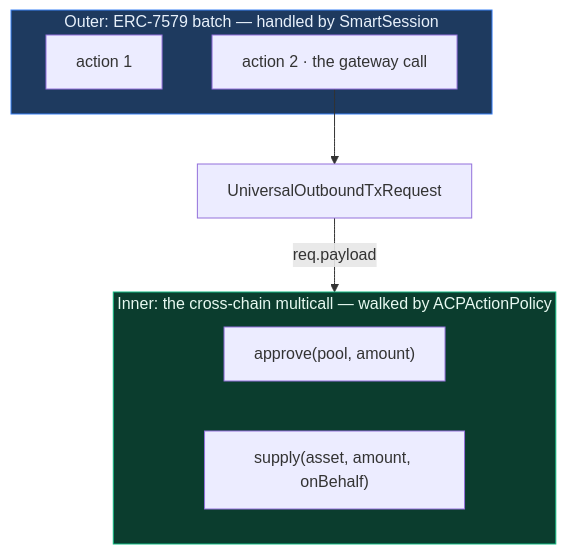
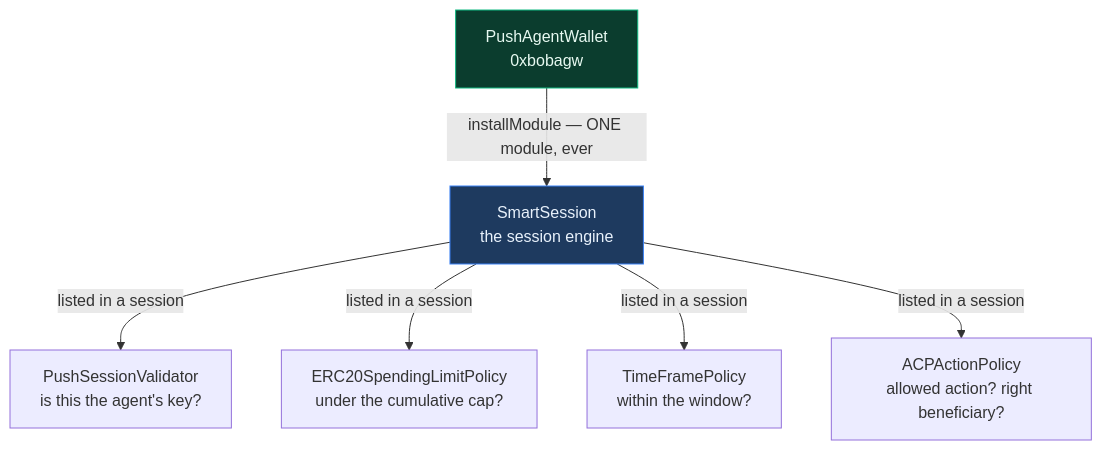
One commit to HusseinAdeiza/push-agentic-wallets changed the eighth of 9 diagrams in docs/architecture.md. Above: the diagram before and after it, drawn with Mermaid. The commit also changed other lines of this file and 5 other files, not shown here.

````diff
--- a/docs/architecture.md
+++ b/docs/architecture.md
@@ -298,19 +415,15 @@
 ```mermaid
 graph TB
-    subgraph outer["Outer: ERC-7579 batch — handled by SmartSession"]
-        A1["action 1"]
-        A2["action 2 · the gateway call"]
-    end
+    W["PushAgentWallet<br/>0xbobagw"]
+    SS["SmartSession<br/>the session engine"]
 
-    A2 --> REQ["UniversalOutboundTxRequest"]
+    W -->|"installModule — ONE module, ever"| SS
 
-    subgraph inner["Inner: the cross-chain multicall — walked by ACPActionPolicy"]
-        I1["approve(pool, amount)"]
-        I2["supply(asset, amount, onBehalf)"]
-    end
+    SS -->|"listed in a session"| PSV["PushSessionValidator<br/>is this the agent's key?"]
+    SS -->|"listed in a session"| SPEND["ERC20SpendingLimitPolicy<br/>under the cumulative cap?"]
+    SS -->|"listed in a session"| TIME["TimeFramePolicy<br/>within the window?"]
+    SS -->|"listed in a session"| ACP["ACPActionPolicy<br/>allowed action? right beneficiary?"]
 
-    REQ -->|"req.payload"| inner
-
-    style outer fill:#1e3a5f,stroke:#3b82f6,color:#e8f1fb
-    style inner fill:#0b3d2e,stroke:#10b981,color:#e7f9f1
+    style W fill:#0b3d2e,stroke:#10b981,color:#e7f9f1
+    style SS fill:#1e3a5f,stroke:#3b82f6,color:#e8f1fb
 ```
````
